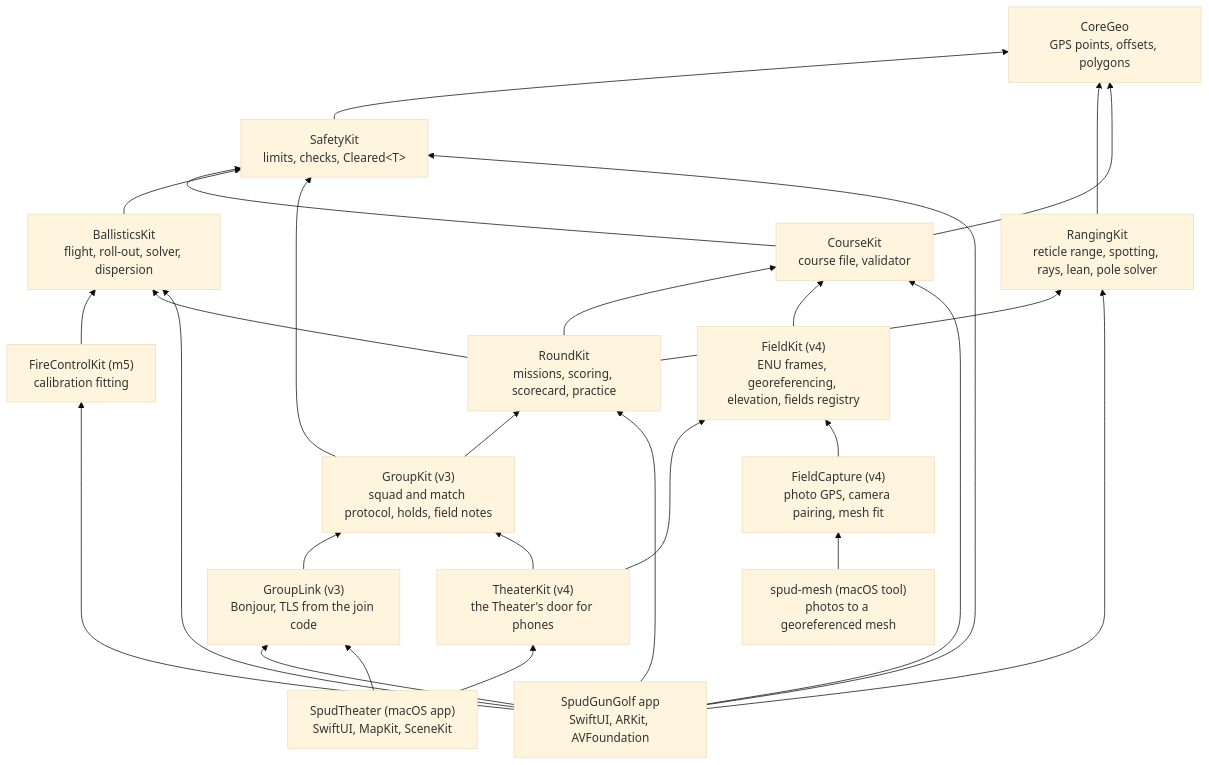
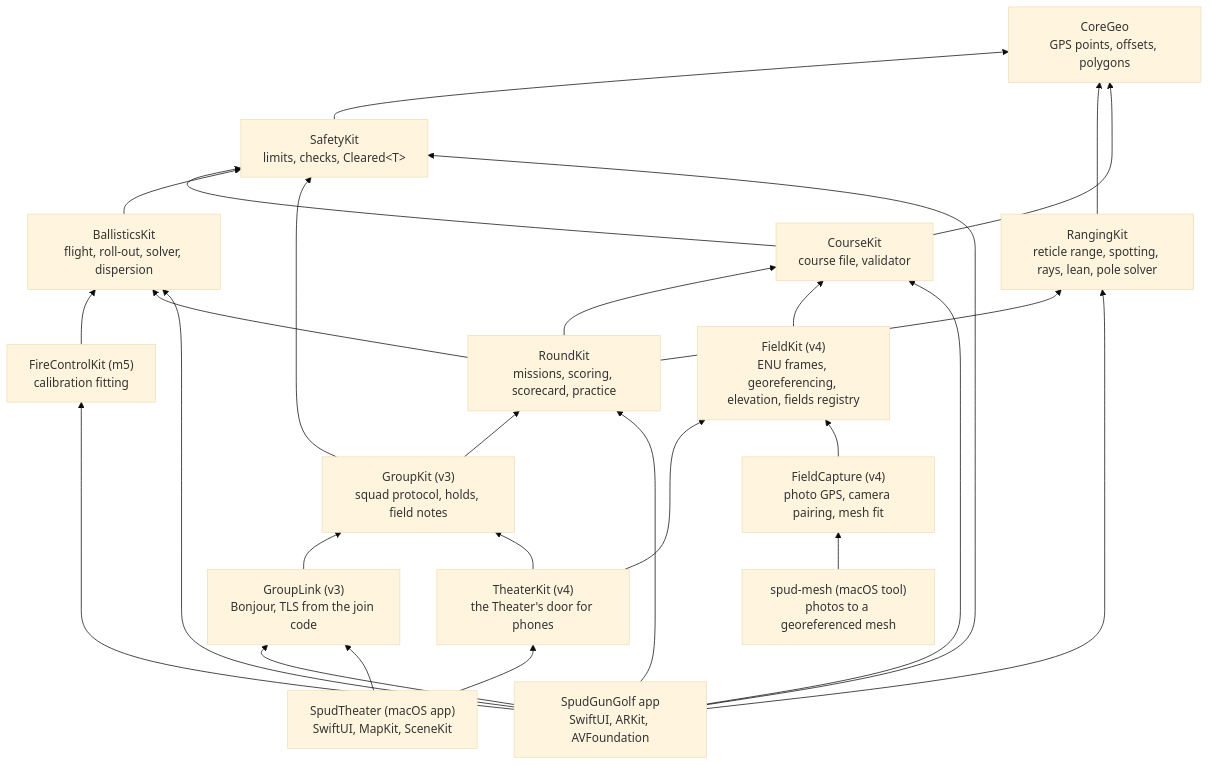
The first of 2 diagrams in docs/ARCHITECTURE.md (zacharyelston/BackyardBallistics), drawn with Mermaid (base theme) before and after one commit. The commit also changed other lines of this file and 21 other files, not shown here.

First line of the commit message:
Squadz without matches: each squad runs its own field

````diff
--- a/docs/ARCHITECTURE.md
+++ b/docs/ARCHITECTURE.md
@@ -7,44 +7,44 @@
 ```mermaid
 graph BT
   CoreGeo["CoreGeo<br/>GPS points, offsets, polygons"]
   SafetyKit["SafetyKit<br/>limits, checks, Cleared&lt;T&gt;"]
   RangingKit["RangingKit<br/>reticle range, spotting, rays, lean, pole solver"]
   CourseKit["CourseKit<br/>course file, validator"]
   BallisticsKit["BallisticsKit<br/>flight, roll-out, solver, dispersion"]
   FireControlKit["FireControlKit (m5)<br/>calibration fitting"]
   RoundKit["RoundKit<br/>missions, scoring, scorecard, practice"]
-  GroupKit["GroupKit (v3)<br/>squad and match protocol, holds, field notes"]
+  GroupKit["GroupKit (v3)<br/>squad protocol, holds, field notes"]
   GroupLink["GroupLink (v3)<br/>Bonjour, TLS from the join code"]
   FieldKit["FieldKit (v4)<br/>ENU frames, georeferencing, elevation, fields registry"]
   TheaterKit["TheaterKit (v4)<br/>the Theater's door for phones"]
   FieldCapture["FieldCapture (v4)<br/>photo GPS, camera pairing, mesh fit"]
   SpudMesh["spud-mesh (macOS tool)<br/>photos to a georeferenced mesh"]
   App["SpudGunGolf app<br/>SwiftUI, ARKit, AVFoundation"]
   Theater["SpudTheater (macOS app)<br/>SwiftUI, MapKit, SceneKit"]
   SafetyKit --> CoreGeo
   RangingKit --> CoreGeo
   CourseKit --> CoreGeo
   CourseKit --> SafetyKit
   BallisticsKit --> SafetyKit
   FireControlKit --> BallisticsKit
   RoundKit --> RangingKit
   RoundKit --> BallisticsKit
   RoundKit --> CourseKit
   GroupKit --> RoundKit
   GroupKit --> SafetyKit
   GroupLink --> GroupKit
   FieldKit --> CourseKit
   TheaterKit --> GroupKit
   TheaterKit --> FieldKit
   FieldCapture --> FieldKit
   SpudMesh --> FieldCapture
   App --> RangingKit
   App --> SafetyKit
   App --> CourseKit
   App --> BallisticsKit
   App --> RoundKit
   App --> FireControlKit
   App --> GroupLink
   Theater --> GroupLink
   Theater --> TheaterKit
 ```
````
